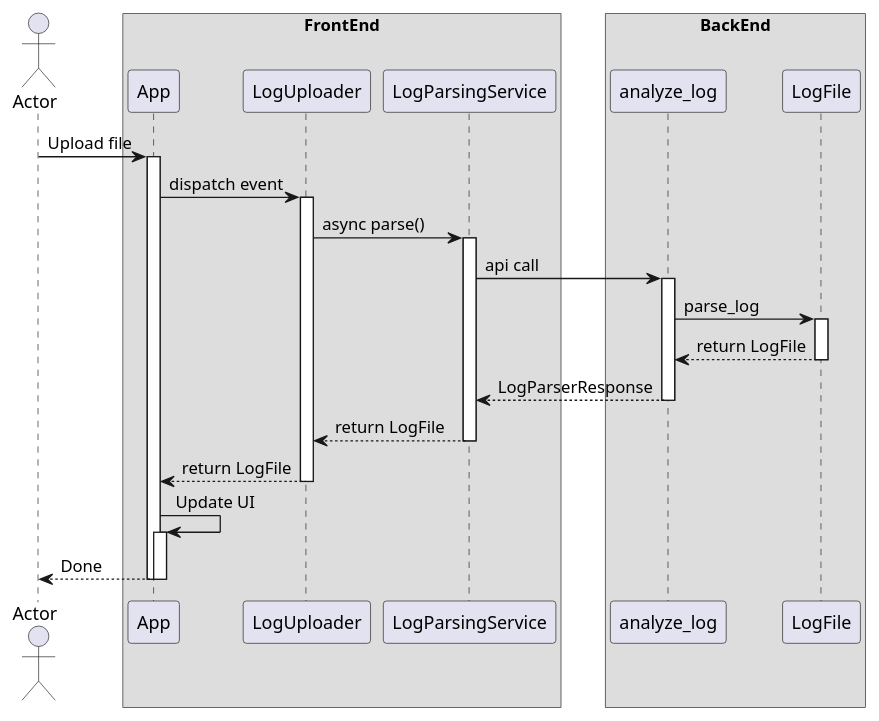
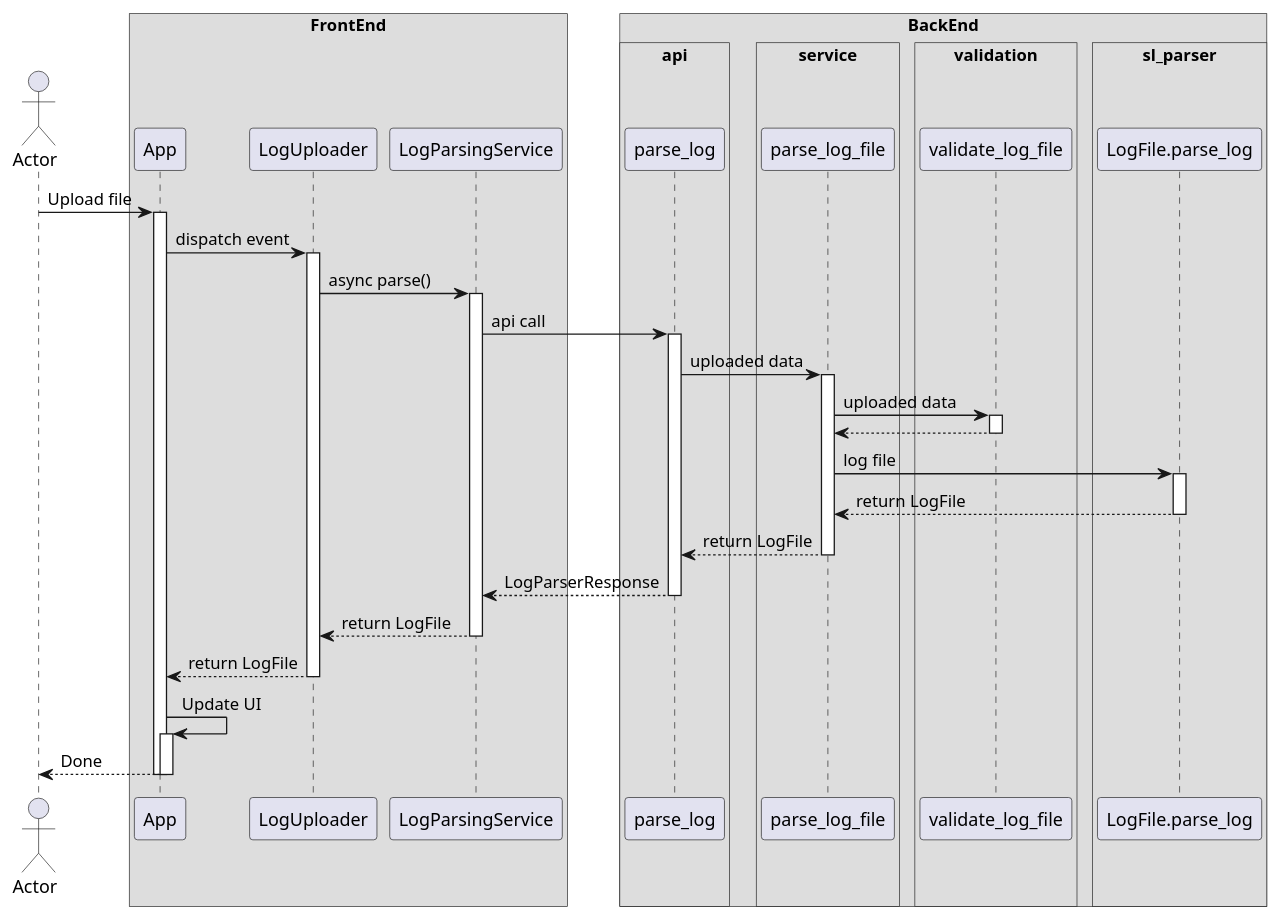
The third of 13 diagrams in allegato_tecnico.md (sevenelevendevunipd/docs), drawn with PlantUML before and after one commit. The commit also changed other lines of this file and 1 other file, not shown here.

````diff
--- a/allegato_tecnico.md
+++ b/allegato_tecnico.md
@@ -264,48 +274,71 @@
 ```{ .plantuml caption="Diagramma V1"}
 @startuml
+!pragma teoz true
 actor Actor
 box "FrontEnd"
 participant App
 participant LogUploader
 participant LogParsingService
 end box
 box "BackEnd"
-participant analyze_log
-participant LogFile
+box "api"
+participant parse_log
+end box
+box "service"
+participant parse_log_file
+end box
+box "validation"
+participant validate_log_file
+end box
+box "sl_parser"
+participant LogFile.parse_log
+end box
 end box
 
 Actor -> App: Upload file
 activate App
 
 App -> LogUploader: dispatch event
 activate LogUploader
 
 LogUploader -> LogParsingService: async parse()
 activate LogParsingService
 
-LogParsingService -> analyze_log: api call
-activate analyze_log
+LogParsingService -> parse_log: api call
+activate parse_log
 
-analyze_log -> LogFile: parse_log
-activate LogFile
+parse_log -> parse_log_file: uploaded data
+activate parse_log_file
 
-analyze_log <-- LogFile: return LogFile
-deactivate  LogFile
+parse_log_file -> validate_log_file: uploaded data
+activate validate_log_file
 
-LogParsingService <-- analyze_log: LogParserResponse
-deactivate analyze_log
+parse_log_file <-- validate_log_file
+deactivate validate_log_file
+
+parse_log_file -> LogFile.parse_log: log file
+activate LogFile.parse_log
+
+parse_log_file <-- LogFile.parse_log: return LogFile
+deactivate LogFile.parse_log
+
+parse_log <-- parse_log_file: return LogFile
+deactivate parse_log_file
+
+LogParsingService <-- parse_log: LogParserResponse
+deactivate parse_log
 
 LogUploader <-- LogParsingService: return LogFile
 deactivate LogParsingService
 
 App <-- LogUploader: return LogFile
 deactivate LogUploader
 
 App -> App:Update UI
 activate App
 
 Actor <-- App:Done
 deactivate App
 deactivate App
 @enduml
 ```
````
